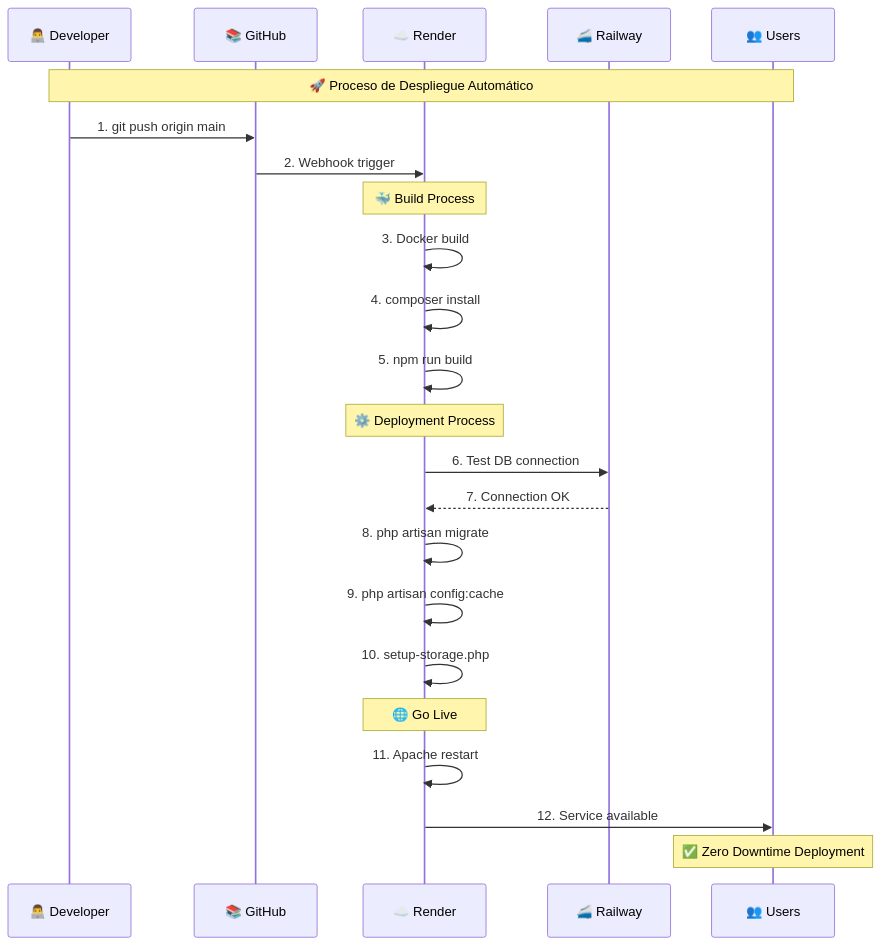
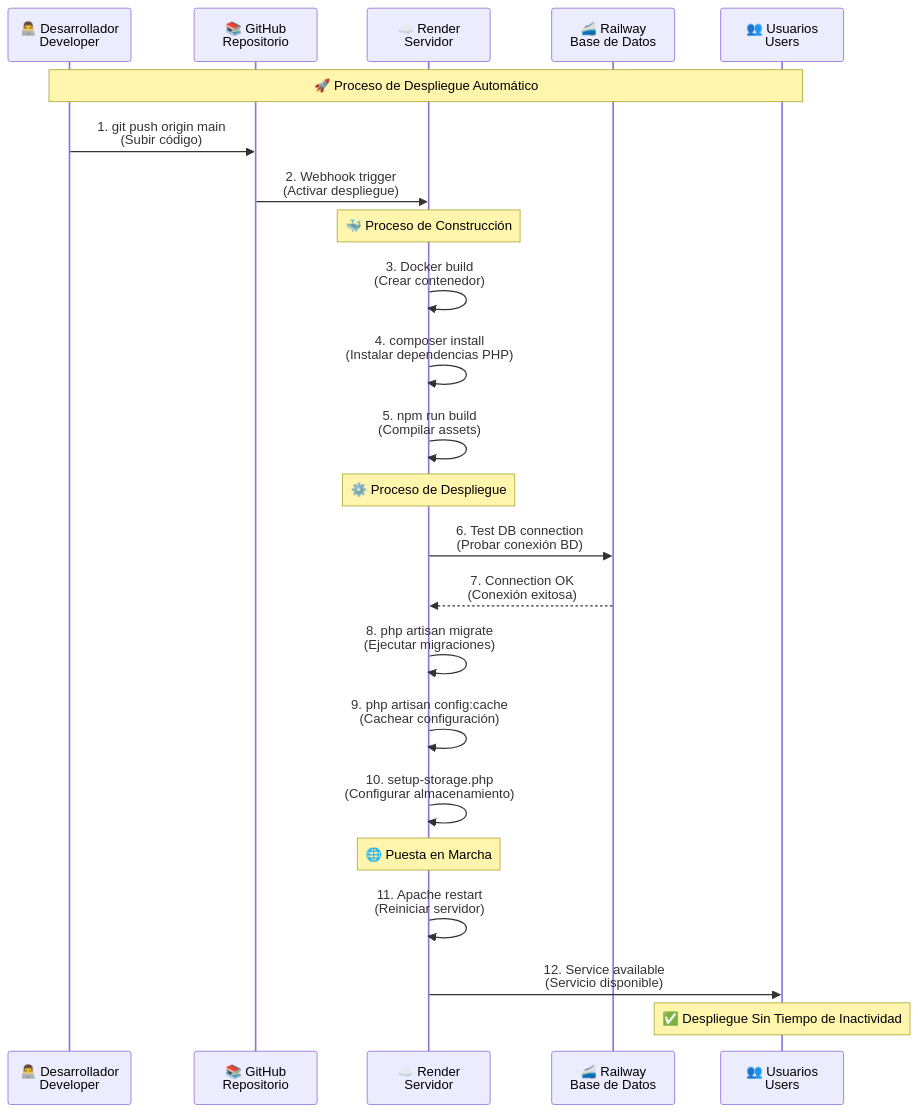
The second of 3 diagrams in DIAGRAMA_DESPLIEGUE_COMPLETO.md (CarlitosErnesto21/AgenciaVasir), drawn with Mermaid before and after one commit. The commit also changed other lines of this file, not shown here.

Commit message:
diagrama de despliegue

````diff
--- a/DIAGRAMA_DESPLIEGUE_COMPLETO.md
+++ b/DIAGRAMA_DESPLIEGUE_COMPLETO.md
@@ -194,32 +194,32 @@
 ```mermaid
 sequenceDiagram
-    participant DEV as 👨‍💻 Developer
-    participant GIT as 📚 GitHub
-    participant RENDER as ☁️ Render
-    participant RAILWAY as 🚄 Railway
-    participant USERS as 👥 Users
+    participant DEV as 👨‍💻 Desarrollador<br/>Developer
+    participant GIT as 📚 GitHub<br/>Repositorio
+    participant RENDER as ☁️ Render<br/>Servidor
+    participant RAILWAY as 🚄 Railway<br/>Base de Datos
+    participant USERS as 👥 Usuarios<br/>Users
 
     Note over DEV,USERS: 🚀 Proceso de Despliegue Automático
 
-    DEV->>GIT: 1. git push origin main
-    GIT->>RENDER: 2. Webhook trigger
+    DEV->>GIT: 1. git push origin main<br/>(Subir código)
+    GIT->>RENDER: 2. Webhook trigger<br/>(Activar despliegue)
     
-    Note over RENDER: 🐳 Build Process
-    RENDER->>RENDER: 3. Docker build
-    RENDER->>RENDER: 4. composer install
-    RENDER->>RENDER: 5. npm run build
+    Note over RENDER: 🐳 Proceso de Construcción
+    RENDER->>RENDER: 3. Docker build<br/>(Crear contenedor)
+    RENDER->>RENDER: 4. composer install<br/>(Instalar dependencias PHP)
+    RENDER->>RENDER: 5. npm run build<br/>(Compilar assets)
     
-    Note over RENDER: ⚙️ Deployment Process
-    RENDER->>RAILWAY: 6. Test DB connection
-    RAILWAY-->>RENDER: 7. Connection OK
+    Note over RENDER: ⚙️ Proceso de Despliegue
+    RENDER->>RAILWAY: 6. Test DB connection<br/>(Probar conexión BD)
+    RAILWAY-->>RENDER: 7. Connection OK<br/>(Conexión exitosa)
     
-    RENDER->>RENDER: 8. php artisan migrate
-    RENDER->>RENDER: 9. php artisan config:cache
-    RENDER->>RENDER: 10. setup-storage.php
+    RENDER->>RENDER: 8. php artisan migrate<br/>(Ejecutar migraciones)
+    RENDER->>RENDER: 9. php artisan config:cache<br/>(Cachear configuración)
+    RENDER->>RENDER: 10. setup-storage.php<br/>(Configurar almacenamiento)
     
-    Note over RENDER: 🌐 Go Live
-    RENDER->>RENDER: 11. Apache restart
-    RENDER->>USERS: 12. Service available
+    Note over RENDER: 🌐 Puesta en Marcha
+    RENDER->>RENDER: 11. Apache restart<br/>(Reiniciar servidor)
+    RENDER->>USERS: 12. Service available<br/>(Servicio disponible)
     
-    Note over USERS: ✅ Zero Downtime Deployment
+    Note over USERS: ✅ Despliegue Sin Tiempo de Inactividad
 ```
````
